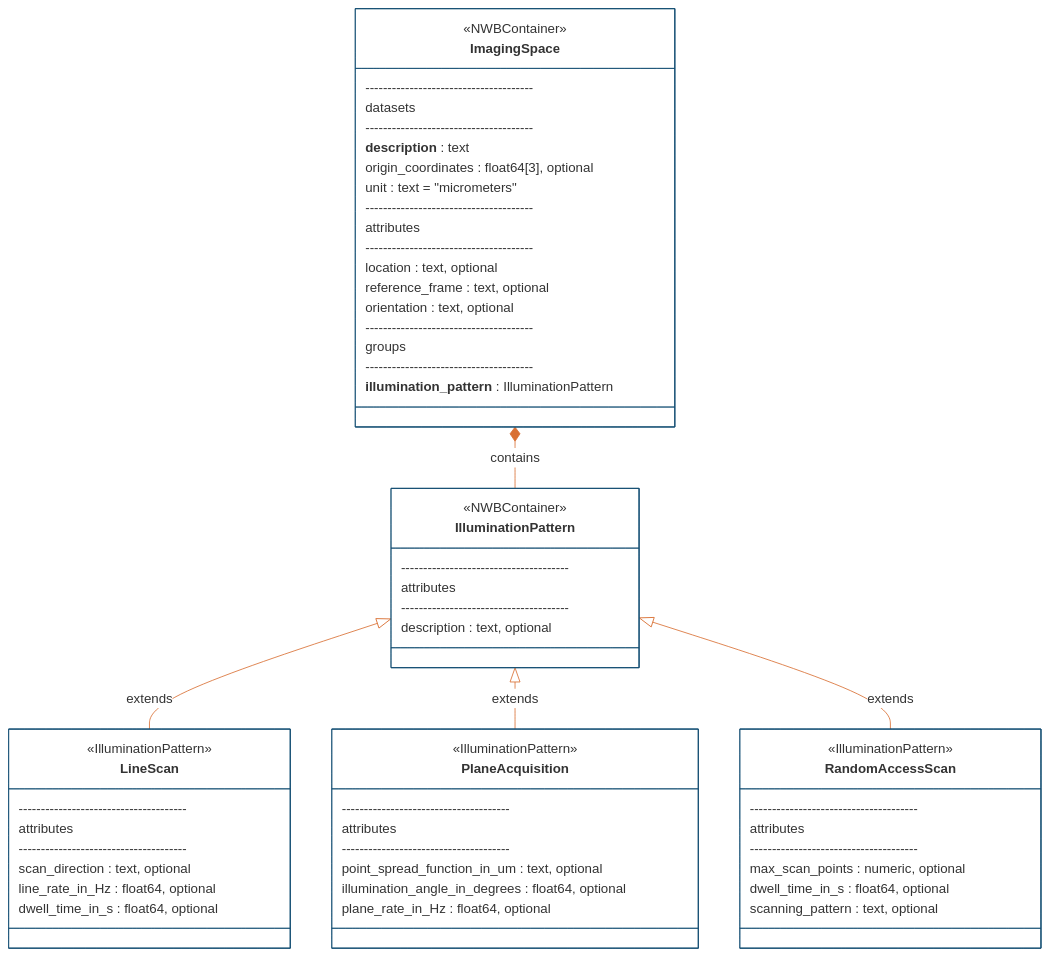
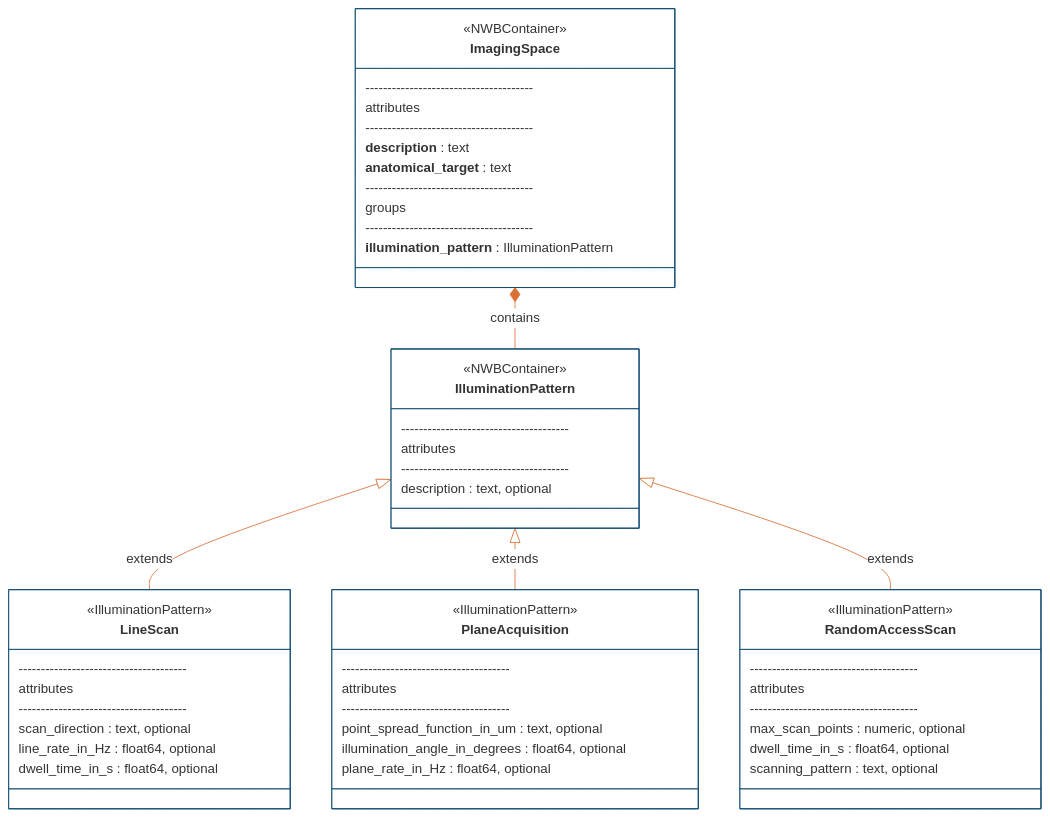
Before and after one commit to catalystneuro/ndx-microscopy: the second of 5 diagrams in README.md, drawn with Mermaid. The commit also changed other lines of this file and 12 other files, not shown here.

````diff
--- a/README.md
+++ b/README.md
@@ -203,69 +203,62 @@
 ```mermaid
 %%{init: {'theme': 'base', 'themeVariables': {'primaryColor': '#ffffff', 'primaryBorderColor': '#144E73', 'lineColor': '#D96F32'}}}%%
 
 classDiagram
     direction TB
 
     class IlluminationPattern {
         <<NWBContainer>>
         --------------------------------------
         attributes
         --------------------------------------
         description : text, optional
     }
 
     class LineScan {
         <<IlluminationPattern>>
         --------------------------------------
         attributes
         --------------------------------------
         scan_direction : text, optional
         line_rate_in_Hz : float64, optional
         dwell_time_in_s : float64, optional
     }
 
     class PlaneAcquisition {
         <<IlluminationPattern>>
         --------------------------------------
         attributes
         --------------------------------------
         point_spread_function_in_um : text, optional
         illumination_angle_in_degrees : float64, optional
         plane_rate_in_Hz : float64, optional
     }
 
     class RandomAccessScan {
         <<IlluminationPattern>>
         --------------------------------------
         attributes
         --------------------------------------
         max_scan_points : numeric, optional
         dwell_time_in_s : float64, optional
         scanning_pattern : text, optional
     }
 
     class ImagingSpace {
         <<NWBContainer>>
         --------------------------------------
-        datasets
+        attributes
         --------------------------------------
         **description** : text
-        origin_coordinates : float64[3], optional
-        unit : text = "micrometers"
-        --------------------------------------
-        attributes
-        --------------------------------------
-        location : text, optional
-        reference_frame : text, optional
-        orientation : text, optional
+        **anatomical_target** : text
         --------------------------------------
         groups
         --------------------------------------
         **illumination_pattern** : IlluminationPattern
     }
 
     IlluminationPattern <|-- LineScan : extends
     IlluminationPattern <|-- PlaneAcquisition : extends
     IlluminationPattern <|-- RandomAccessScan : extends
     ImagingSpace *-- IlluminationPattern : contains
 ```
````
